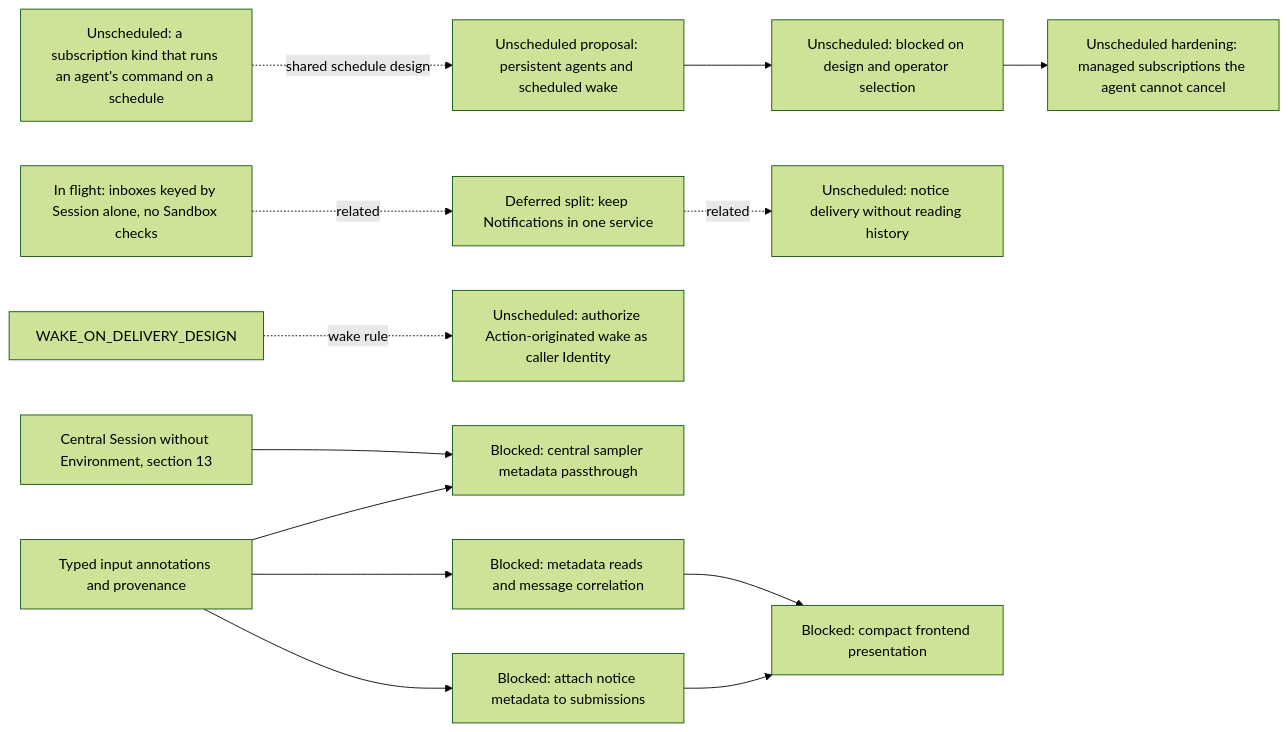
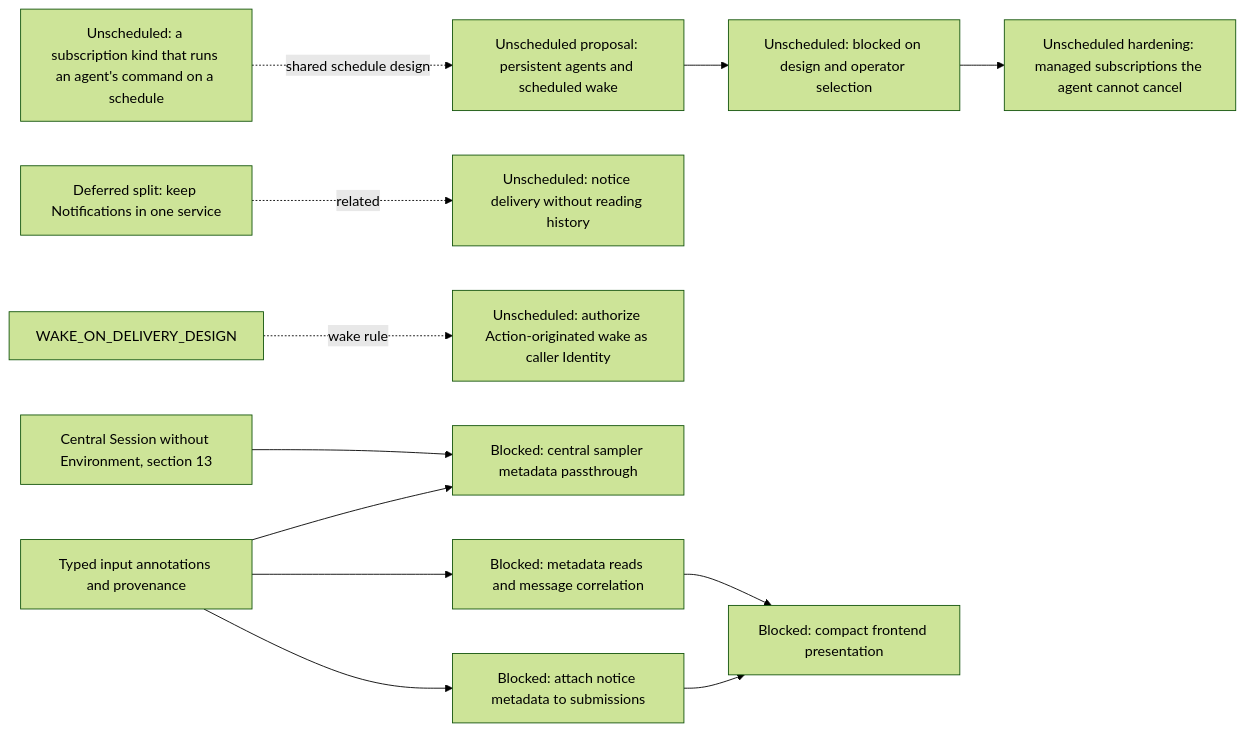
Before and after one commit to agentydragon/ducktape: the fourth of 20 diagrams in agentplane/plans/task_dag.md, drawn with Mermaid (forest theme). The commit also changed other lines of this file and 3 other files, not shown here.

Commit message:
docs(agentplane): remove completed inbox-keying work from DAG

````diff
--- a/agentplane/plans/task_dag.md
+++ b/agentplane/plans/task_dag.md
@@ -291,29 +289,27 @@
 ```mermaid
 flowchart LR
     SCHEDULED_AGENT_WAKE_DESIGN[Unscheduled proposal: persistent agents and scheduled wake]
     SCHEDULED_AGENT_WAKE[Unscheduled: blocked on design and operator selection]
     SCHEDULED_AGENT_WAKE_DESIGN --> SCHEDULED_AGENT_WAKE
     MANAGED_SUBSCRIPTION_PROTECTION[Unscheduled hardening: managed subscriptions the agent cannot cancel]
     SCHEDULED_AGENT_WAKE --> MANAGED_SUBSCRIPTION_PROTECTION
     NOTIFICATION_COMMAND_OUTCOME_DESIGN[Unscheduled: notice delivery without reading history]
     NOTIFICATION_SERVICE_SPLIT[Deferred split: keep Notifications in one service]
     NOTIFICATION_SERVICE_SPLIT -. related .-> NOTIFICATION_COMMAND_OUTCOME_DESIGN
     COMMAND_WATCH_SUBSCRIPTION_DESIGN[Unscheduled: a subscription kind that runs an agent's command on a schedule]
     COMMAND_WATCH_SUBSCRIPTION_DESIGN -. shared schedule design .-> SCHEDULED_AGENT_WAKE_DESIGN
-    INBOX_SESSION_KEYING[In flight: inboxes keyed by Session alone, no Sandbox checks]
-    INBOX_SESSION_KEYING -. related .-> NOTIFICATION_SERVICE_SPLIT
     ACTION_WAKE_AS_IDENTITY[Unscheduled: authorize Action-originated wake as caller Identity]
     WAKE_ON_DELIVERY_DESIGN -. wake rule .-> ACTION_WAKE_AS_IDENTITY
     SESSION_INPUT_METADATA[Typed input annotations and provenance]
     CENTRAL_SESSION_WITHOUT_ENVIRONMENT[Central Session without Environment, section 13]
     CENTRAL_SESSION_INPUT_METADATA[Blocked: central sampler metadata passthrough]
     SESSION_INPUT_METADATA --> CENTRAL_SESSION_INPUT_METADATA
     CENTRAL_SESSION_WITHOUT_ENVIRONMENT --> CENTRAL_SESSION_INPUT_METADATA
     SESSION_INPUT_METADATA_READ[Blocked: metadata reads and message correlation]
     NOTIFICATION_NOTICE_METADATA[Blocked: attach notice metadata to submissions]
     NOTIFICATION_PRESENTATION[Blocked: compact frontend presentation]
     SESSION_INPUT_METADATA --> SESSION_INPUT_METADATA_READ
     SESSION_INPUT_METADATA --> NOTIFICATION_NOTICE_METADATA
     SESSION_INPUT_METADATA_READ --> NOTIFICATION_PRESENTATION
     NOTIFICATION_NOTICE_METADATA --> NOTIFICATION_PRESENTATION
 ```
````
